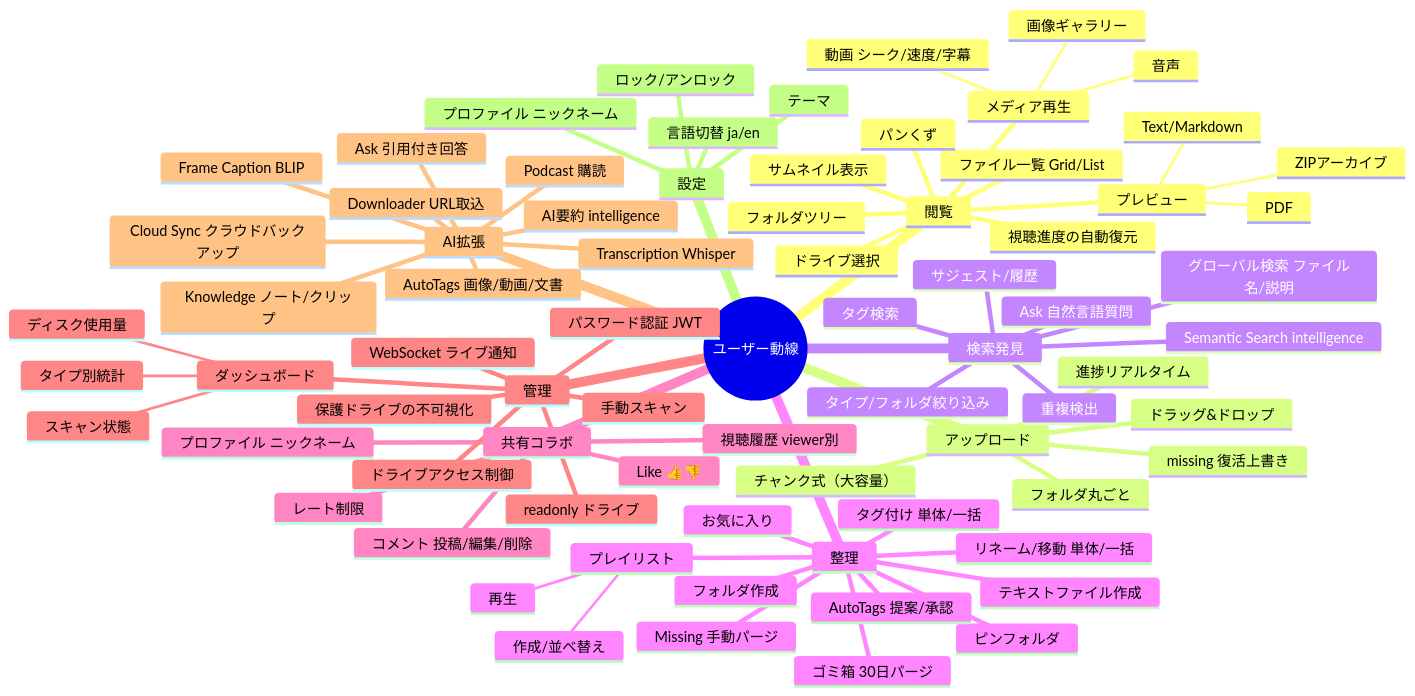
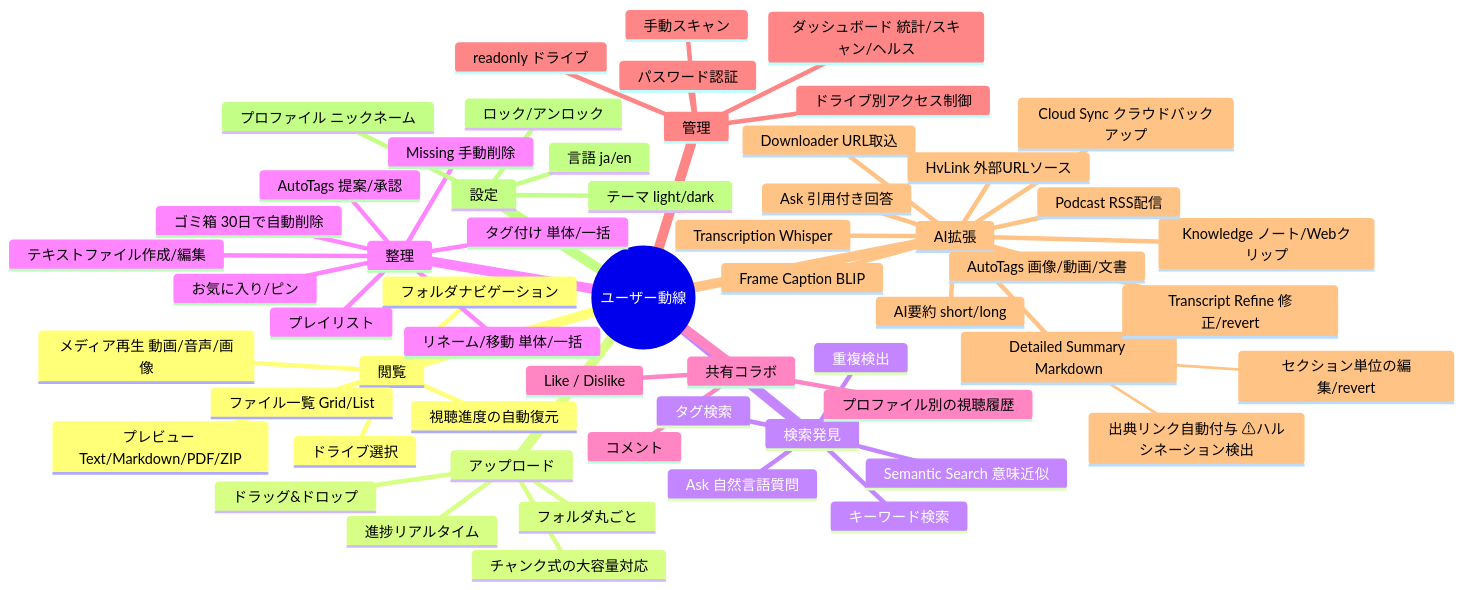
Before and after one commit to mamepenguin/Litloft: the second of 6 diagrams in docs/FEATURE-MAP.md, drawn with Mermaid. The commit also changed other lines of this file and 8 other files, not shown here.

First line of the commit message:
docs(intelligence): document detailed_summary citations and editing

````diff
--- a/docs/FEATURE-MAP.md
+++ b/docs/FEATURE-MAP.md
@@ -130,78 +46,61 @@
 ```mermaid
 mindmap
   root((ユーザー動線))
     閲覧
       ドライブ選択
-      フォルダツリー
+      フォルダナビゲーション
       ファイル一覧 Grid/List
-      サムネイル表示
-      パンくず
-      メディア再生
-        動画 シーク/速度/字幕
-        音声
-        画像ギャラリー
-      プレビュー
-        Text/Markdown
-        PDF
-        ZIPアーカイブ
+      メディア再生 動画/音声/画像
+      プレビュー Text/Markdown/PDF/ZIP
       視聴進度の自動復元
     アップロード
       ドラッグ&ドロップ
-      チャンク式（大容量）
+      チャンク式の大容量対応
       フォルダ丸ごと
       進捗リアルタイム
-      missing 復活上書き
     検索発見
-      グローバル検索 ファイル名/説明
+      キーワード検索
       タグ検索
-      タイプ/フォルダ絞り込み
       重複検出
-      Semantic Search intelligence
+      Semantic Search 意味近似
       Ask 自然言語質問
-      サジェスト/履歴
     整理
       タグ付け 単体/一括
       プレイリスト
-        作成/並べ替え
-        再生
-      お気に入り
-      ピンフォルダ
+      お気に入り/ピン
       リネーム/移動 単体/一括
-      フォルダ作成
-      テキストファイル作成
-      ゴミ箱 30日パージ
-      Missing 手動パージ
+      テキストファイル作成/編集
+      ゴミ箱 30日で自動削除
+      Missing 手動削除
       AutoTags 提案/承認
     共有コラボ
-      コメント 投稿/編集/削除
-      レート制限
-      Like 👍👎
-      視聴履歴 viewer別
-      プロファイル ニックネーム
+      コメント
+      Like / Dislike
+      プロファイル別の視聴履歴
     管理
-      パスワード認証 JWT
-      ドライブアクセス制御
-      保護ドライブの不可視化
+      パスワード認証
+      ドライブ別アクセス制御
       readonly ドライブ
-      ダッシュボード
-        ディスク使用量
-        タイプ別統計
-        スキャン状態
+      ダッシュボード 統計/スキャン/ヘルス
       手動スキャン
-      WebSocket ライブ通知
     AI拡張
-      AI要約 intelligence
+      AI要約 short/long
+      Detailed Summary Markdown
+        出典リンク自動付与 ⚠ハルシネーション検出
+        セクション単位の編集/revert
       AutoTags 画像/動画/文書
       Ask 引用付き回答
+      Transcript Refine 修正/revert
       Transcription Whisper
       Frame Caption BLIP
-      Knowledge ノート/クリップ
+      Knowledge ノート/Webクリップ
       Downloader URL取込
+      HvLink 外部URLソース
       Cloud Sync クラウドバックアップ
-      Podcast 購読
+      Podcast RSS配信
     設定
-      言語切替 ja/en
-      テーマ
+      言語 ja/en
+      テーマ light/dark
       プロファイル ニックネーム
       ロック/アンロック
 ```
````
